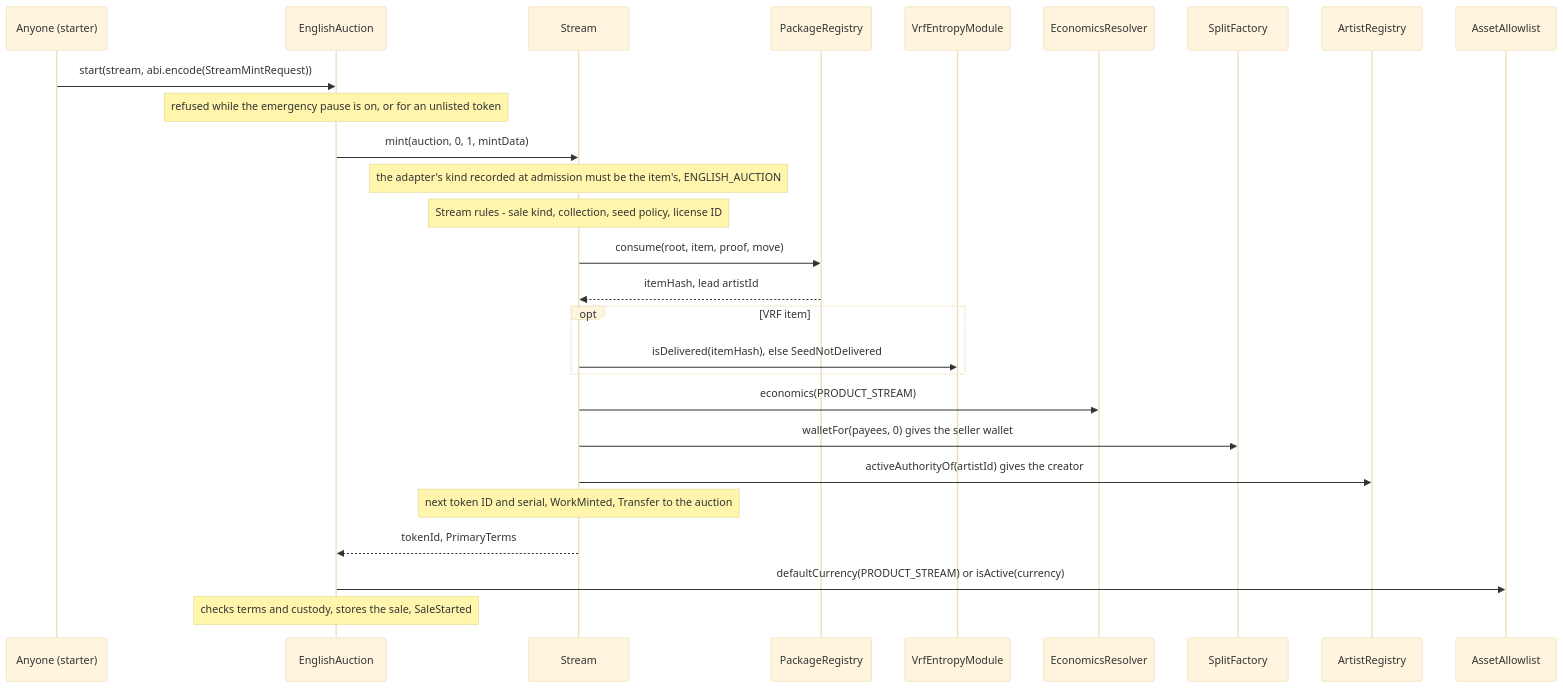
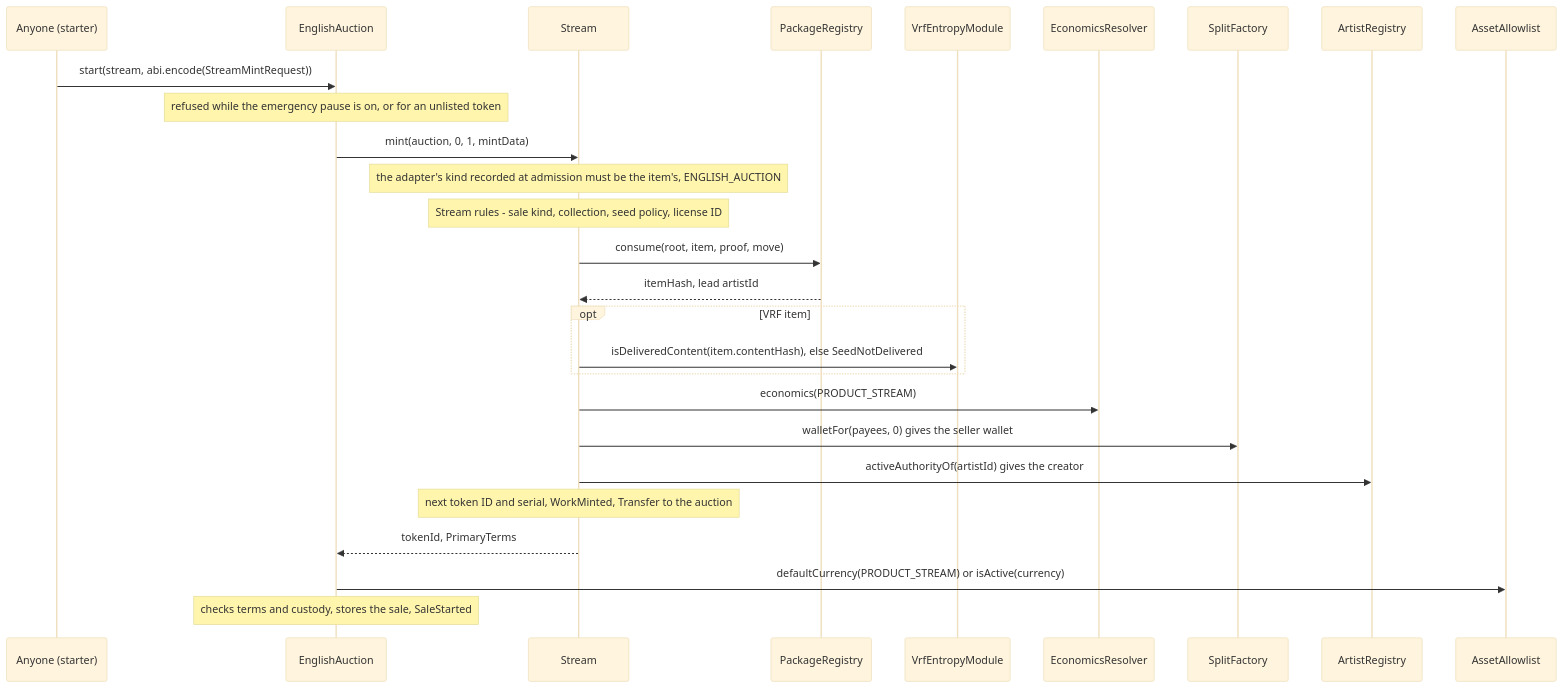
Before and after one commit to 6529-Collections/6529-works: the fourth of 11 diagrams in docs/spec/stream-and-auctions.md, drawn with Mermaid (base theme). The commit also changed other lines of this file and 27 other files, not shown here.

````diff
--- a/docs/spec/stream-and-auctions.md
+++ b/docs/spec/stream-and-auctions.md
@@ -236,29 +236,29 @@
 ```mermaid
 sequenceDiagram
     participant Anyone as Anyone (starter)
     participant Auction as EnglishAuction
     participant Stream as Stream
     participant Registry as PackageRegistry
     participant Entropy as VrfEntropyModule
     participant Econ as EconomicsResolver
     participant Factory as SplitFactory
     participant Artists as ArtistRegistry
     participant Allowlist as AssetAllowlist
     Anyone->>Auction: start(stream, abi.encode(StreamMintRequest))
     Note over Auction: refused while the emergency pause is on, or for an unlisted token
     Auction->>Stream: mint(auction, 0, 1, mintData)
     Note over Stream: the adapter's kind recorded at admission must be the item's, ENGLISH_AUCTION
     Note over Stream: Stream rules - sale kind, collection, seed policy, license ID
     Stream->>Registry: consume(root, item, proof, move)
     Registry-->>Stream: itemHash, lead artistId
     opt VRF item
-        Stream->>Entropy: isDelivered(itemHash), else SeedNotDelivered
+        Stream->>Entropy: isDeliveredContent(item.contentHash), else SeedNotDelivered
     end
     Stream->>Econ: economics(PRODUCT_STREAM)
     Stream->>Factory: walletFor(payees, 0) gives the seller wallet
     Stream->>Artists: activeAuthorityOf(artistId) gives the creator
     Note over Stream: next token ID and serial, WorkMinted, Transfer to the auction
     Stream-->>Auction: tokenId, PrimaryTerms
     Auction->>Allowlist: defaultCurrency(PRODUCT_STREAM) or isActive(currency)
     Note over Auction: checks terms and custody, stores the sale, SaleStarted
 ```
````
